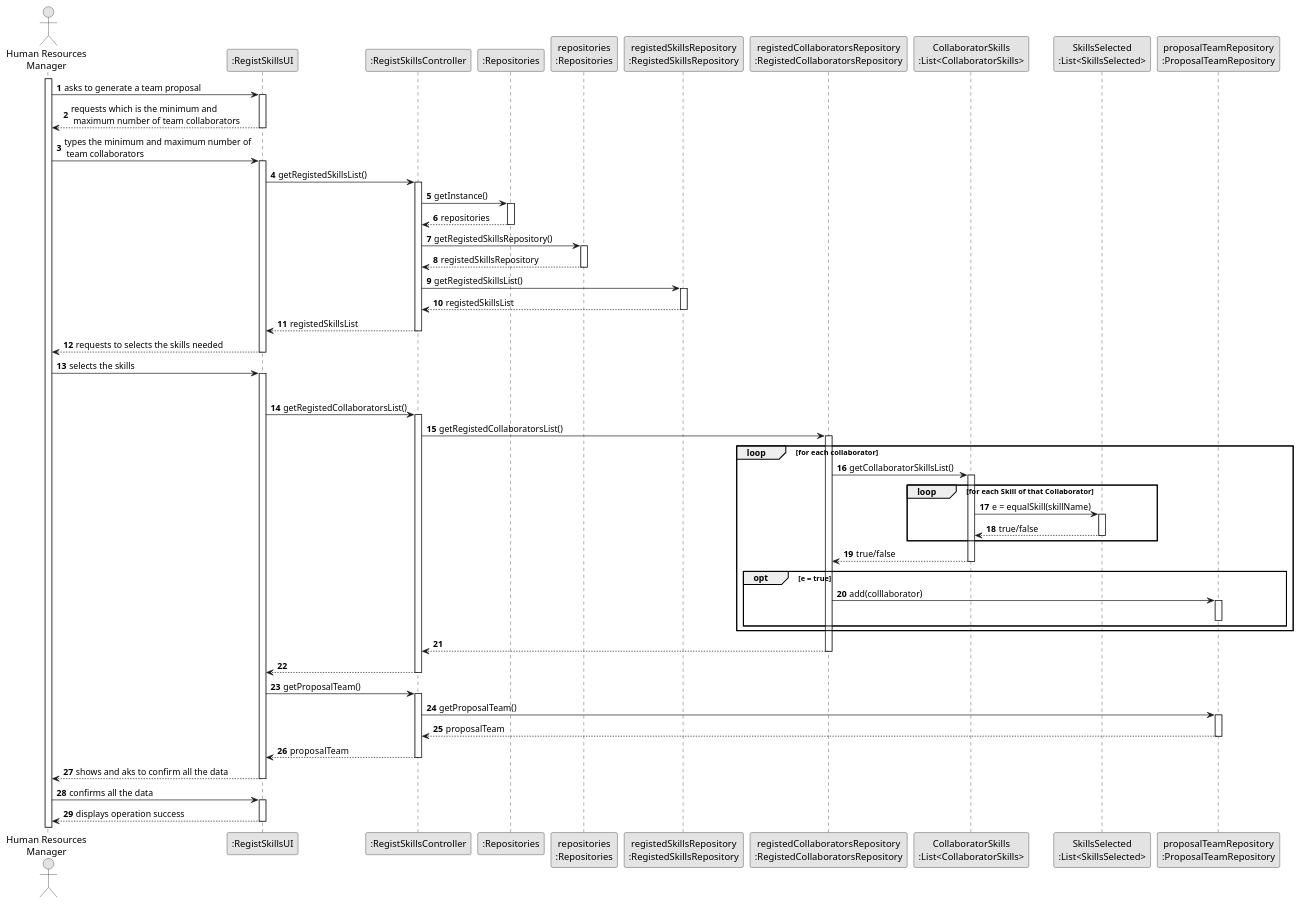
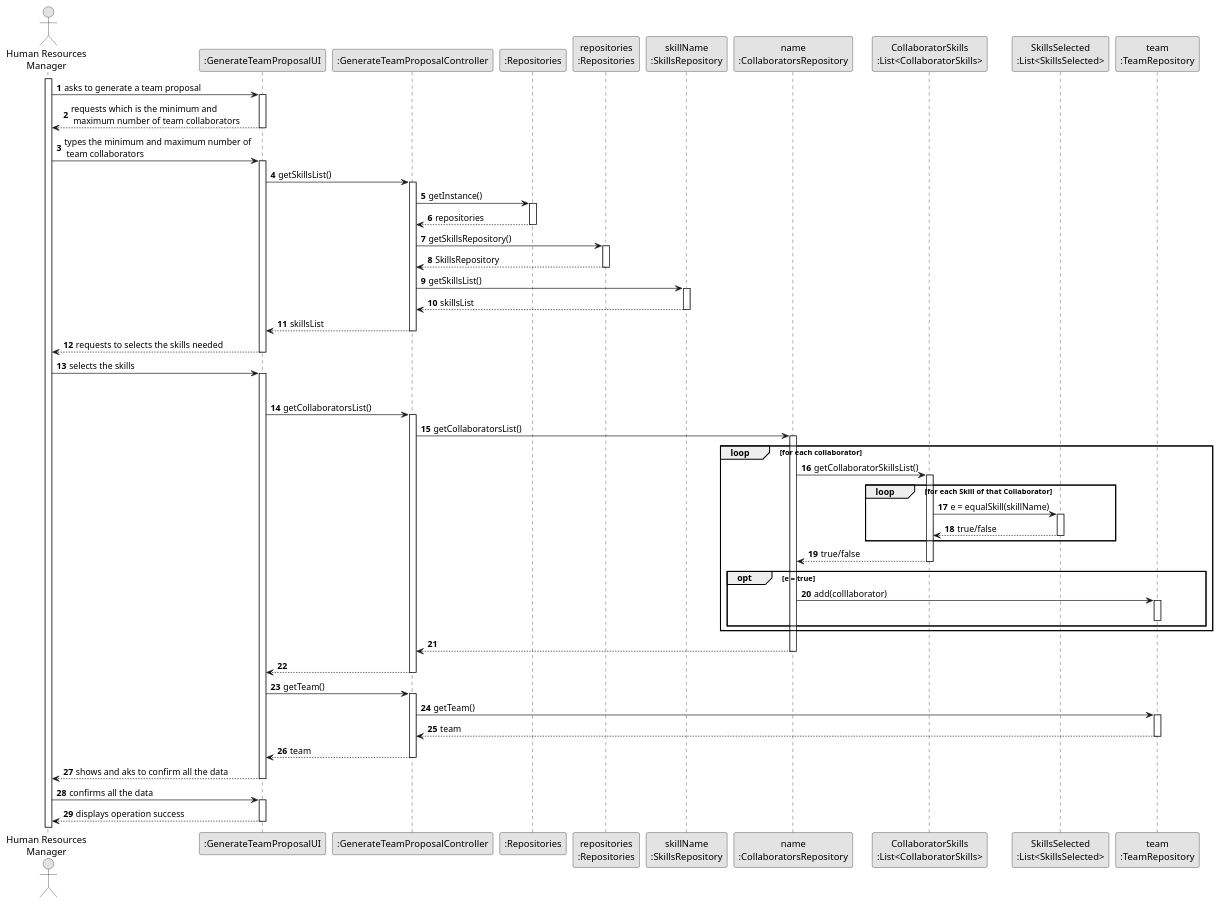
The diagram in docs/sprint2/us005/03.design/puml/us005-sequence-diagram-full.puml (1231360-ISEP/lei-24-s2-1db-g021), drawn with PlantUML before and after one commit. The commit also changed 16 other files, not shown here.

```diff
--- a/docs/sprint2/us005/03.design/puml/us005-sequence-diagram-full.puml
+++ b/docs/sprint2/us005/03.design/puml/us005-sequence-diagram-full.puml
@@ -1,127 +1,127 @@
 @startuml
 skinparam monochrome true
 skinparam packageStyle rectangle
 skinparam shadowing false
 
 actor "Human Resources\nManager" as HRM
-participant ":RegistSkillsUI" as UI
-participant ":RegistSkillsController" as CTRL
+participant ":GenerateTeamProposalUI" as UI
+participant ":GenerateTeamProposalController" as CTRL
 participant ":Repositories" as RepositorySingleton
 participant "repositories\n:Repositories" as PLAT
-participant "registedSkillsRepository\n:RegistedSkillsRepository" as RegistedSkillsRepository
-participant "registedCollaboratorsRepository\n:RegistedCollaboratorsRepository" as RegistedCollaboratorsRepository
+participant "skillName\n:SkillsRepository" as SkillsRepository
+participant "name\n:CollaboratorsRepository" as CollaboratorsRepository
 participant "CollaboratorSkills\n:List<CollaboratorSkills>" as CollaboratorSkills
 participant "SkillsSelected\n:List<SkillsSelected>" as ListOfSkillsSelected
-participant "proposalTeamRepository\n:ProposalTeamRepository" as ProposalTeamRepository
+participant "team\n:TeamRepository" as TeamRepository
 
 autonumber 1
 
 activate HRM
 
 HRM -> UI : asks to generate a team proposal
     activate UI
 
 UI --> HRM : requests which is the minimum and\n maximum number of team collaborators
 deactivate UI
 
 
 HRM -> UI : types the minimum and maximum number of\n team collaborators
     activate UI
 
-UI -> CTRL: getRegistedSkillsList()
+UI -> CTRL: getSkillsList()
 
 activate CTRL
 
     CTRL -> RepositorySingleton : getInstance()
 activate RepositorySingleton
 
 RepositorySingleton --> CTRL: repositories
 deactivate RepositorySingleton
 
-    CTRL -> PLAT : getRegistedSkillsRepository()
+    CTRL -> PLAT : getSkillsRepository()
 activate PLAT
 
-PLAT --> CTRL: registedSkillsRepository
+PLAT --> CTRL: SkillsRepository
 deactivate PLAT
 
-    CTRL -> RegistedSkillsRepository : getRegistedSkillsList()
-activate RegistedSkillsRepository
+    CTRL -> SkillsRepository : getSkillsList()
+activate SkillsRepository
 
-RegistedSkillsRepository --> CTRL : registedSkillsList
-deactivate RegistedSkillsRepository
+SkillsRepository --> CTRL : skillsList
+deactivate SkillsRepository
 
-CTRL --> UI : registedSkillsList
+CTRL --> UI : skillsList
 deactivate CTRL
 
 UI --> HRM : requests to selects the skills needed
 deactivate UI
 
     HRM -> UI : selects the skills
 activate UI
 
 deactivate CTRL
 
-UI -> CTRL: getRegistedCollaboratorsList()
+UI -> CTRL: getCollaboratorsList()
 
 activate CTRL
 
-    CTRL -> RegistedCollaboratorsRepository : getRegistedCollaboratorsList()
-activate RegistedCollaboratorsRepository
+    CTRL -> CollaboratorsRepository : getCollaboratorsList()
+activate CollaboratorsRepository
 
     loop for each collaborator
-            RegistedCollaboratorsRepository -> CollaboratorSkills : getCollaboratorSkillsList()
+            CollaboratorsRepository -> CollaboratorSkills : getCollaboratorSkillsList()
         activate CollaboratorSkills
 
             loop for each Skill of that Collaborator
                     CollaboratorSkills -> ListOfSkillsSelected : e = equalSkill(skillName)
                 activate ListOfSkillsSelected
 
                 CollaboratorSkills <-- ListOfSkillsSelected : true/false
                 deactivate ListOfSkillsSelected
             end
-        RegistedCollaboratorsRepository <-- CollaboratorSkills : true/false
+        CollaboratorsRepository <-- CollaboratorSkills : true/false
         deactivate CollaboratorSkills
 
         opt e = true
 
-            RegistedCollaboratorsRepository -> ProposalTeamRepository : add(colllaborator)
-            activate ProposalTeamRepository
-            deactivate ProposalTeamRepository
+            CollaboratorsRepository -> TeamRepository : add(colllaborator)
+            activate TeamRepository
+            deactivate TeamRepository
 
         end
 
         deactivate CollaboratorSkills
 
     end
 
-RegistedCollaboratorsRepository --> CTRL:
-deactivate RegistedCollaboratorsRepository
+CollaboratorsRepository --> CTRL:
+deactivate CollaboratorsRepository
 
 
 CTRL --> UI :
 deactivate CTRL
 
-UI -> CTRL: getProposalTeam()
+UI -> CTRL: getTeam()
 
 activate CTRL
 
-    CTRL -> ProposalTeamRepository : getProposalTeam()
-activate ProposalTeamRepository
+    CTRL -> TeamRepository : getTeam()
+activate TeamRepository
 
-ProposalTeamRepository --> CTRL : proposalTeam
-deactivate ProposalTeamRepository
+TeamRepository --> CTRL : team
+deactivate TeamRepository
 
-CTRL --> UI : proposalTeam
+CTRL --> UI : team
 deactivate CTRL
 
 UI --> HRM : shows and aks to confirm all the data
 deactivate UI
 
 HRM -> UI : confirms all the data
 activate UI
 
 UI --> HRM : displays operation success
 deactivate UI
 
 
 @enduml
```
